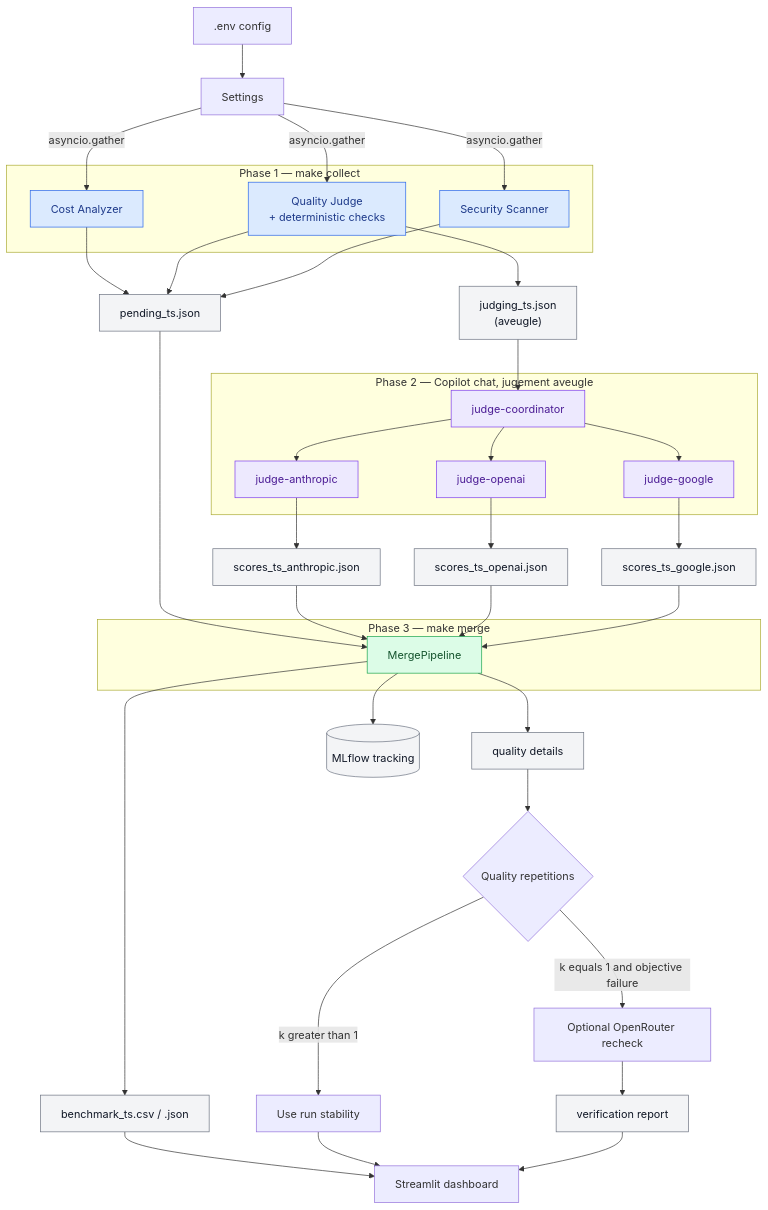
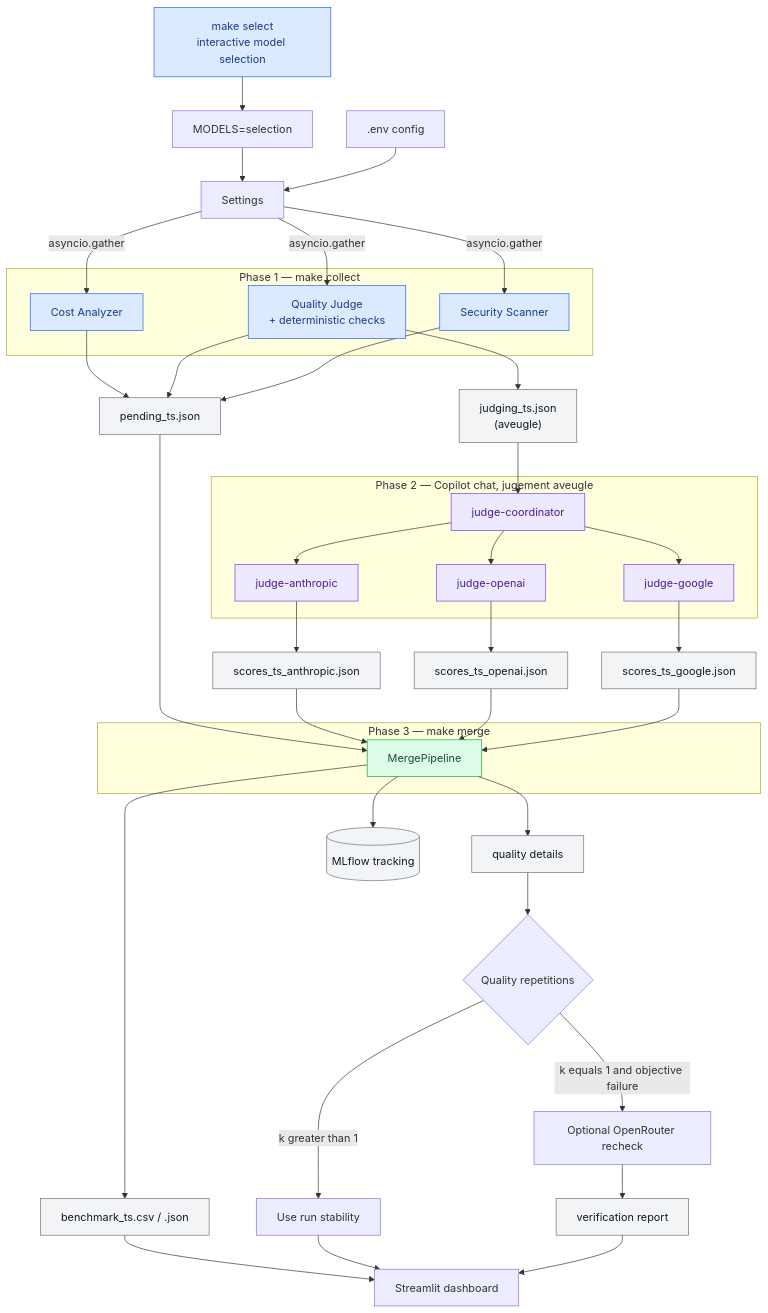
The diagram in docs/workflow.md (Palo-IT-GitHub-Demos/OpenRouterResearch), drawn with Mermaid before and after one commit. The commit also changed other lines of this file and 18 other files, not shown here.

````diff
--- a/docs/workflow.md
+++ b/docs/workflow.md
@@ -25,64 +26,67 @@
 ```mermaid
 flowchart TD
+    selector["make select\ninteractive model selection"] --> selected["MODELS=selection"]
+    selected --> settings["Settings"]
     env[".env config"] --> settings["Settings"]
 
     subgraph phase1["Phase 1 — make collect"]
         cost["Cost Analyzer"]
         quality["Quality Judge<br/>+ deterministic checks"]
         security["Security Scanner"]
     end
 
     settings -->|"asyncio.gather"| cost
     settings -->|"asyncio.gather"| quality
     settings -->|"asyncio.gather"| security
 
     cost --> pending["pending_ts.json"]
     quality --> pending
     quality --> judging["judging_ts.json<br/>(aveugle)"]
     security --> pending
 
     subgraph phase2["Phase 2 — Copilot chat, jugement aveugle"]
         coordinator["judge-coordinator"]
         anthropic["judge-anthropic"]
         openai["judge-openai"]
         google["judge-google"]
         coordinator --> anthropic
         coordinator --> openai
         coordinator --> google
     end
 
     judging --> coordinator
     anthropic --> scoresA["scores_ts_anthropic.json"]
     openai --> scoresO["scores_ts_openai.json"]
     google --> scoresG["scores_ts_google.json"]
 
     subgraph phase3["Phase 3 — make merge"]
         merge["MergePipeline"]
     end
 
     pending --> merge
     scoresA --> merge
     scoresO --> merge
     scoresG --> merge
 
     merge --> results["benchmark_ts.csv / .json"]
     merge --> details["quality details"]
     merge --> mlflowdb[("MLflow tracking")]
     results --> dashboard["Streamlit dashboard"]
     details --> repetitions{"Quality repetitions"}
     repetitions -->|"k greater than 1"| stability["Use run stability"]
     repetitions -->|"k equals 1 and objective failure"| recheck["Optional OpenRouter recheck"]
     recheck --> verification["verification report"]
     stability --> dashboard
     verification --> dashboard
 
     classDef phase1Style fill:#dbeafe,stroke:#2563eb,color:#1e3a8a
     classDef phase2Style fill:#ede9fe,stroke:#7c3aed,color:#4c1d95
     classDef phase3Style fill:#dcfce7,stroke:#16a34a,color:#14532d
     classDef dataStyle fill:#f3f4f6,stroke:#6b7280,color:#111827
 
+    class selector phase1Style
     class cost,quality,security phase1Style
     class coordinator,anthropic,openai,google phase2Style
     class merge phase3Style
     class pending,judging,scoresA,scoresO,scoresG,results,details,verification,mlflowdb dataStyle
 ```
````
